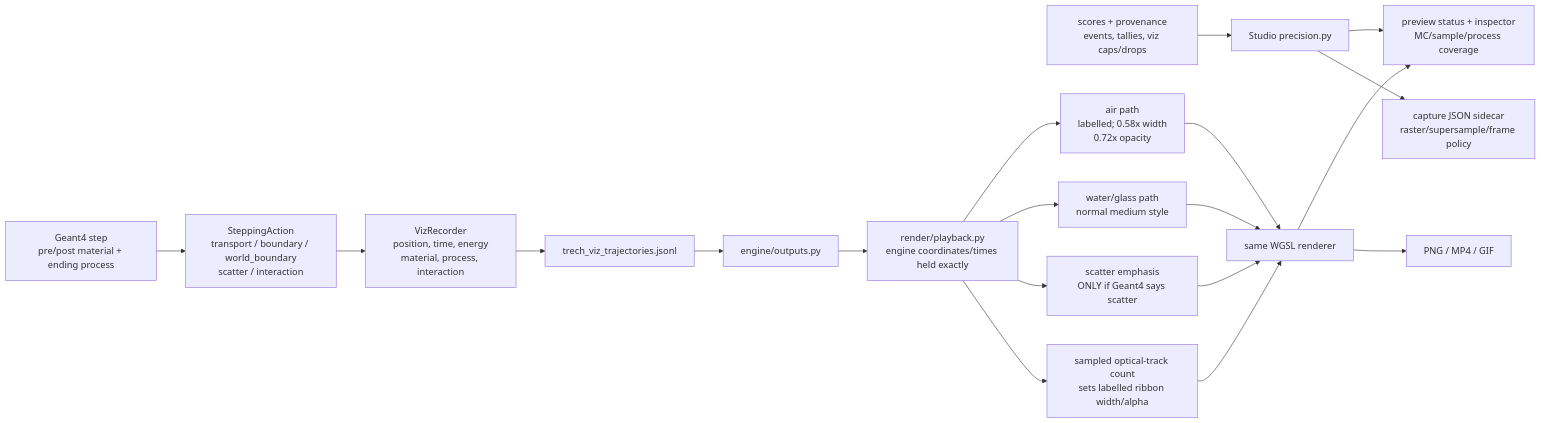
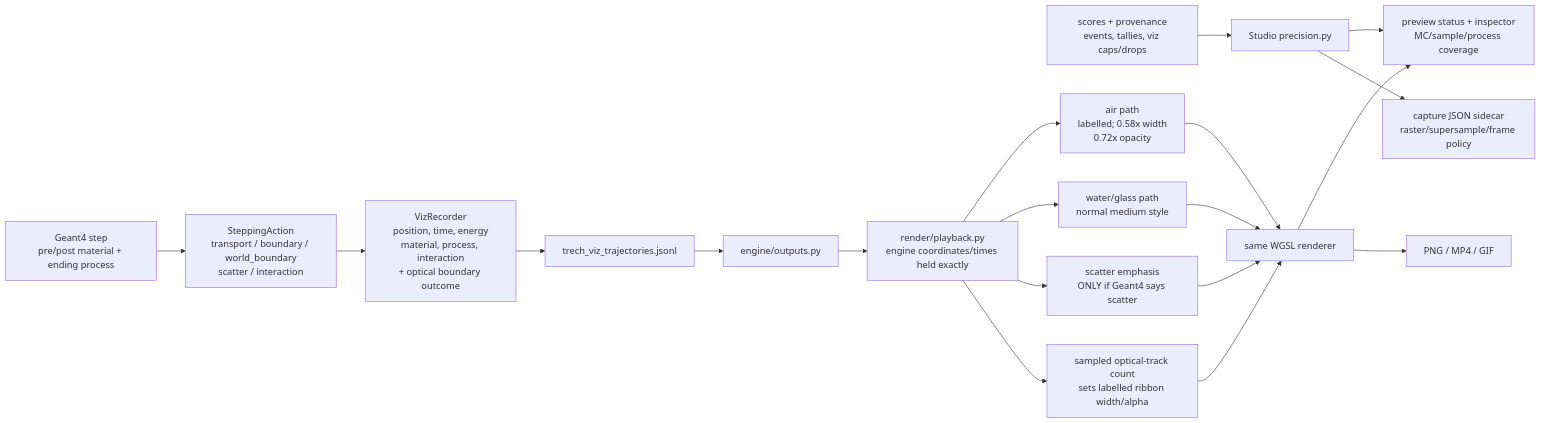
Diagram 12 of 27 in CHARTS.md (Geckos-Ink/trech), drawn with Mermaid before and after one commit. The commit also changed other lines of this file and 135 other files, not shown here.

First line of the commit message:
Make README animations legible 3D replays with charts

````diff
--- a/CHARTS.md
+++ b/CHARTS.md
@@ -266,21 +268,21 @@
 ```mermaid
 flowchart LR
   STEP["Geant4 step\npre/post material + ending process"] --> CLASS["SteppingAction\ntransport / boundary / world_boundary\nscatter / interaction"]
-  CLASS --> VIZREC["VizRecorder\nposition, time, energy\nmaterial, process, interaction"]
+  CLASS --> VIZREC["VizRecorder\nposition, time, energy\nmaterial, process, interaction\n+ optical boundary outcome"]
   VIZREC --> TRAJ["trech_viz_trajectories.jsonl"]
   SCO["scores + provenance\nevents, tallies, viz caps/drops"] --> PREC["Studio precision.py"]
   TRAJ --> PARSE["engine/outputs.py"]
   PARSE --> PLAY["render/playback.py\nengine coordinates/times held exactly"]
   PLAY --> AIR["air path\nlabelled; 0.58x width\n0.72x opacity"]
   PLAY --> LIQ["water/glass path\nnormal medium style"]
   PLAY --> SCAT["scatter emphasis\nONLY if Geant4 says scatter"]
   PLAY --> STRENGTH["sampled optical-track count\nsets labelled ribbon width/alpha"]
   PREC --> PREVIEW["preview status + inspector\nMC/sample/process coverage"]
   PREC --> SIDE["capture JSON sidecar\nraster/supersample/frame policy"]
   AIR --> GPU["same WGSL renderer"]
   LIQ --> GPU
   SCAT --> GPU
   STRENGTH --> GPU
   GPU --> PREVIEW
   GPU --> CAP["PNG / MP4 / GIF"]
 ```
````
